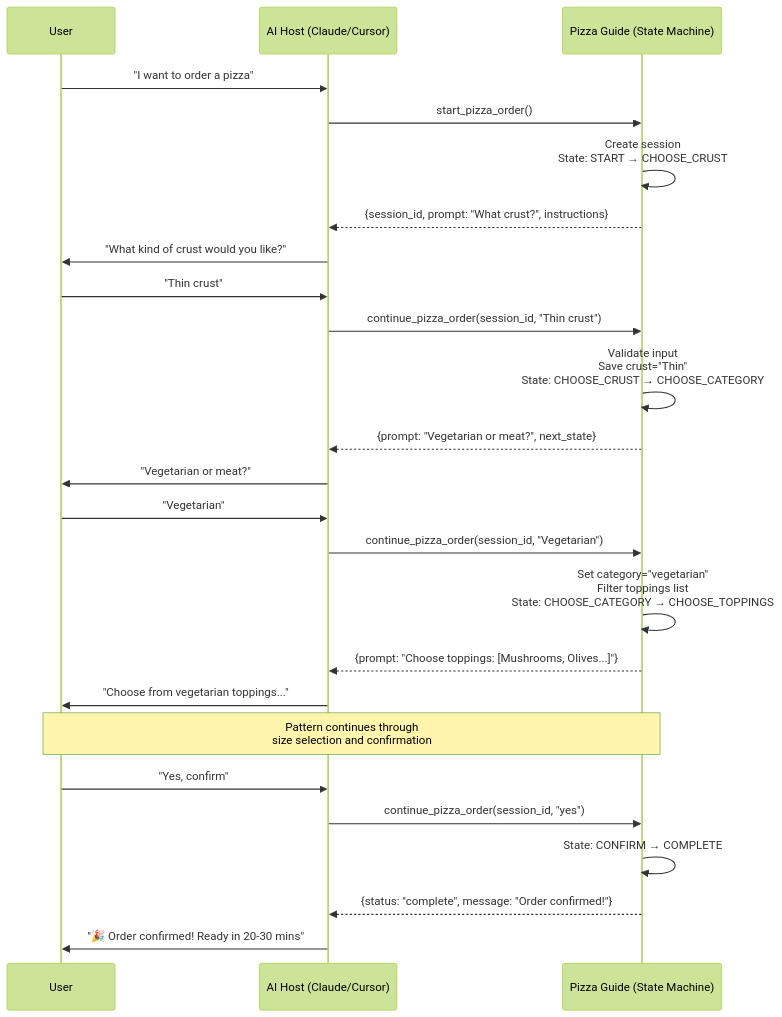
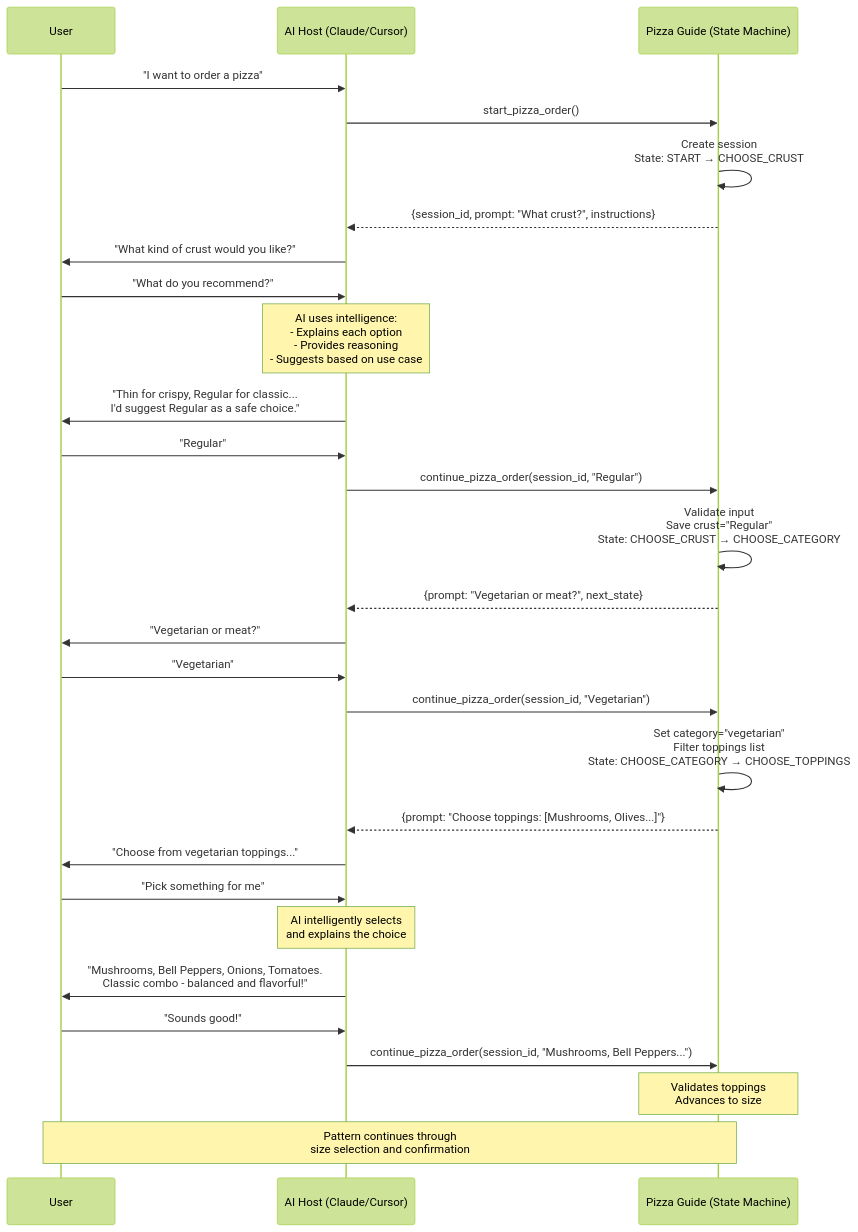
Before and after one commit to mazzucci/tool-as-guide: the first of 2 diagrams in examples/01-pizza-ordering/README.md, drawn with Mermaid (forest theme). The commit also changed other lines of this file and 2 other files, not shown here.

Commit message:
Updated pizza demo

````diff
--- a/examples/01-pizza-ordering/README.md
+++ b/examples/01-pizza-ordering/README.md
@@ -20,32 +22,38 @@
 ```mermaid
 sequenceDiagram
     participant User
     participant AI as AI Host (Claude/Cursor)
     participant Tool as Pizza Guide (State Machine)
 
     User->>AI: "I want to order a pizza"
     AI->>Tool: start_pizza_order()
     Tool->>Tool: Create session<br/>State: START → CHOOSE_CRUST
     Tool-->>AI: {session_id, prompt: "What crust?", instructions}
     AI->>User: "What kind of crust would you like?"
     
-    User->>AI: "Thin crust"
-    AI->>Tool: continue_pizza_order(session_id, "Thin crust")
-    Tool->>Tool: Validate input<br/>Save crust="Thin"<br/>State: CHOOSE_CRUST → CHOOSE_CATEGORY
+    User->>AI: "What do you recommend?"
+    Note over AI: AI uses intelligence:<br/>- Explains each option<br/>- Provides reasoning<br/>- Suggests based on use case
+    AI->>User: "Thin for crispy, Regular for classic...<br/>I'd suggest Regular as a safe choice."
+    
+    User->>AI: "Regular"
+    AI->>Tool: continue_pizza_order(session_id, "Regular")
+    Tool->>Tool: Validate input<br/>Save crust="Regular"<br/>State: CHOOSE_CRUST → CHOOSE_CATEGORY
     Tool-->>AI: {prompt: "Vegetarian or meat?", next_state}
     AI->>User: "Vegetarian or meat?"
     
     User->>AI: "Vegetarian"
     AI->>Tool: continue_pizza_order(session_id, "Vegetarian")
     Tool->>Tool: Set category="vegetarian"<br/>Filter toppings list<br/>State: CHOOSE_CATEGORY → CHOOSE_TOPPINGS
     Tool-->>AI: {prompt: "Choose toppings: [Mushrooms, Olives...]"}
     AI->>User: "Choose from vegetarian toppings..."
     
+    User->>AI: "Pick something for me"
+    Note over AI: AI intelligently selects<br/>and explains the choice
+    AI->>User: "Mushrooms, Bell Peppers, Onions, Tomatoes.<br/>Classic combo - balanced and flavorful!"
+    
+    User->>AI: "Sounds good!"
+    AI->>Tool: continue_pizza_order(session_id, "Mushrooms, Bell Peppers...")
+    Note over Tool: Validates toppings<br/>Advances to size
+    
     Note over User,Tool: Pattern continues through<br/>size selection and confirmation
-    
-    User->>AI: "Yes, confirm"
-    AI->>Tool: continue_pizza_order(session_id, "yes")
-    Tool->>Tool: State: CONFIRM → COMPLETE
-    Tool-->>AI: {status: "complete", message: "Order confirmed!"}
-    AI->>User: "🎉 Order confirmed! Ready in 20-30 mins"
 ```
````
